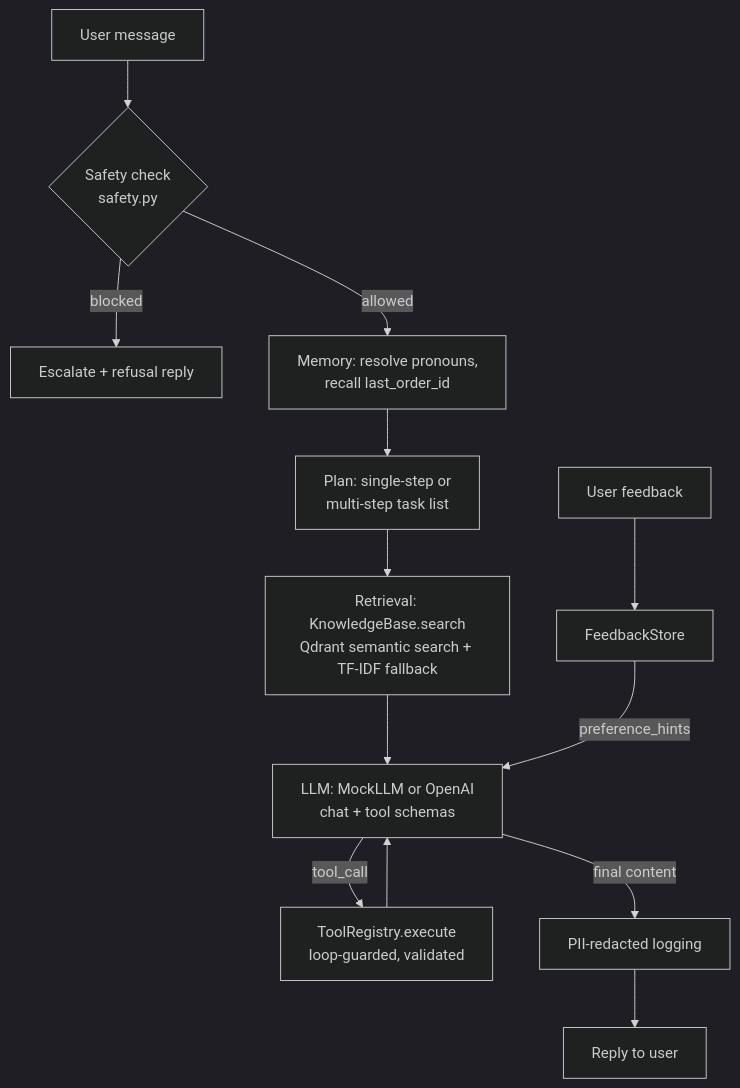
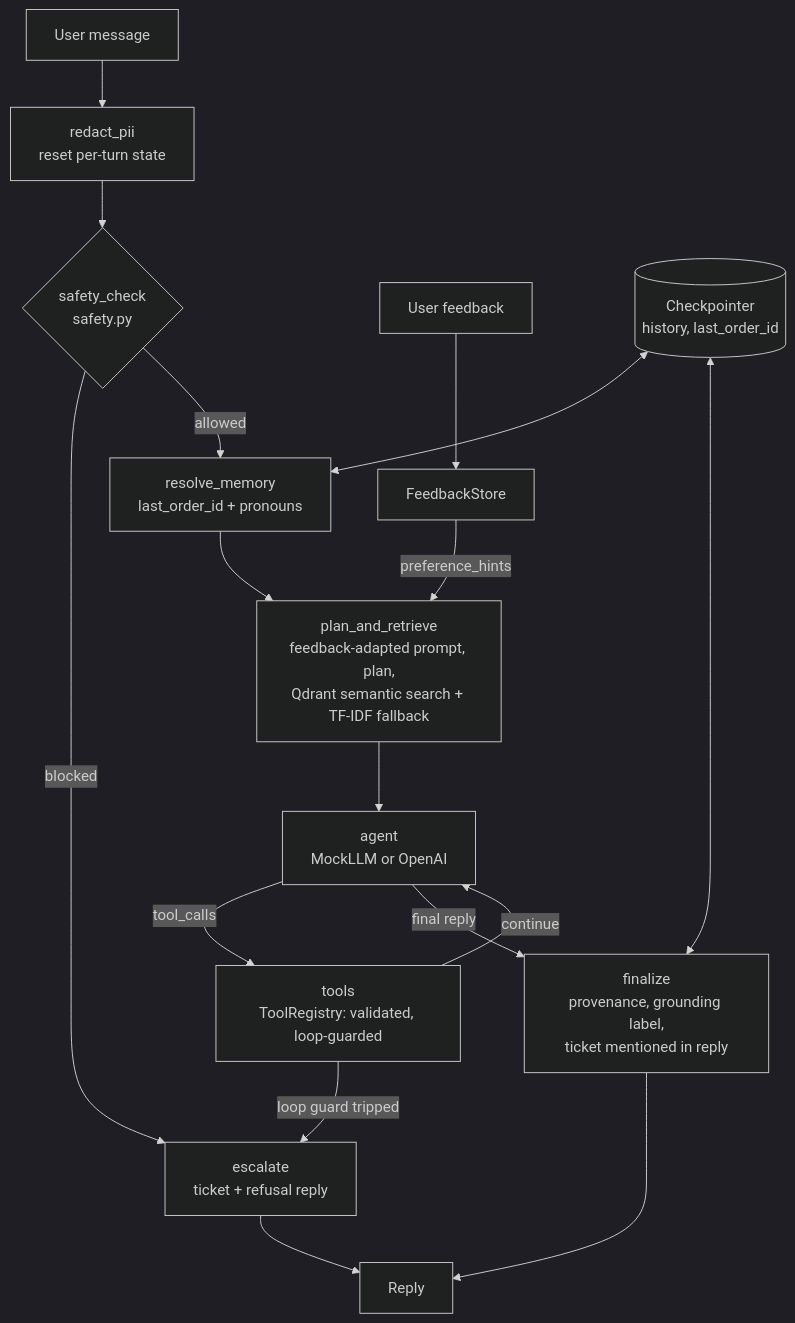
One commit to Ramki2018/CustomerSupportAgent changed the diagram in capstone_project/docs/04_engineering_justification.md. Above: the diagram before and after it, drawn with Mermaid (dark theme). The commit also changed other lines of this file and 27 other files, not shown here.

````diff
--- a/capstone_project/docs/04_engineering_justification.md
+++ b/capstone_project/docs/04_engineering_justification.md
@@ -20,15 +42,19 @@
 ```mermaid
 flowchart TD
-    U[User message] --> S{Safety check<br/>safety.py}
-    S -- blocked --> ESC[Escalate + refusal reply]
-    S -- allowed --> M[Memory: resolve pronouns,<br/>recall last_order_id]
-    M --> P[Plan: single-step or<br/>multi-step task list]
-    P --> R[Retrieval: KnowledgeBase.search<br/>Qdrant semantic search + TF-IDF fallback]
-    R --> L[LLM: MockLLM or OpenAI<br/>chat + tool schemas]
-    L -- tool_call --> T[ToolRegistry.execute<br/>loop-guarded, validated]
-    T --> L
-    L -- final content --> LOG[PII-redacted logging]
-    LOG --> OUT[Reply to user]
+    U[User message] --> R[redact_pii<br/>reset per-turn state]
+    R --> S{safety_check<br/>safety.py}
+    S -- blocked --> ESC[escalate<br/>ticket + refusal reply]
+    S -- allowed --> M[resolve_memory<br/>last_order_id + pronouns]
+    M --> P[plan_and_retrieve<br/>feedback-adapted prompt, plan,<br/>Qdrant semantic search + TF-IDF fallback]
+    P --> A[agent<br/>MockLLM or OpenAI]
+    A -- tool_calls --> T[tools<br/>ToolRegistry: validated, loop-guarded]
+    T -- continue --> A
+    T -- loop guard tripped --> ESC
+    A -- final reply --> FIN[finalize<br/>provenance, grounding label,<br/>ticket mentioned in reply]
+    FIN --> OUT[Reply]
+    ESC --> OUT
     F[User feedback] --> FS[FeedbackStore]
-    FS -- preference_hints --> L
+    FS -- preference_hints --> P
+    CP[(Checkpointer<br/>history, last_order_id)] <--> M
+    CP <--> FIN
 ```
````
